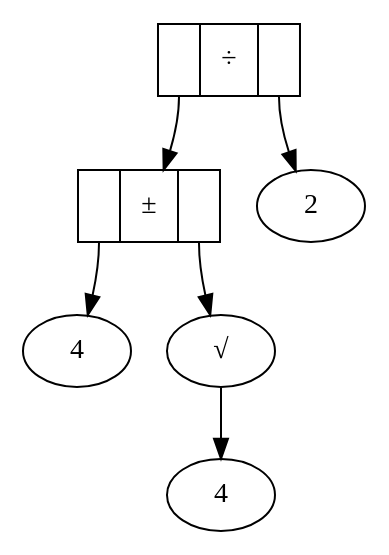
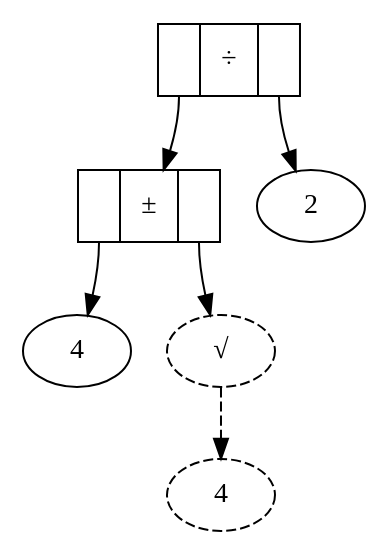
One commit to CousinoMath/blog changed the diagram in Arith_on_Trees/quadratic/instQuadForm3.gv. Above: the diagram before and after it, drawn with Graphviz. The commit also changed 42 other files, not shown here.

```diff
--- a/Arith_on_Trees/quadratic/instQuadForm3.gv
+++ b/Arith_on_Trees/quadratic/instQuadForm3.gv
@@ -1,12 +1,13 @@
 strict digraph instQuadForm2 {
 pm [shape=record,label="<0>|&plusmn;|<1>"];
-sqrt [label="&radic;"];
+sqrt [label="&radic;", style=dashed];
 div [shape=record,label="<0>|&divide;|<1>"];
 two [label="2"];
-four1,four2 [label="4"];
+four1 [label="4"];
+four2 [label="4", style=dashed];
 div:0 -> pm;
 div:1 -> two;
 pm:0 -> four1;
 pm:1 -> sqrt;
-sqrt -> four2;
+sqrt -> four2 [style=dashed];
 }
```
